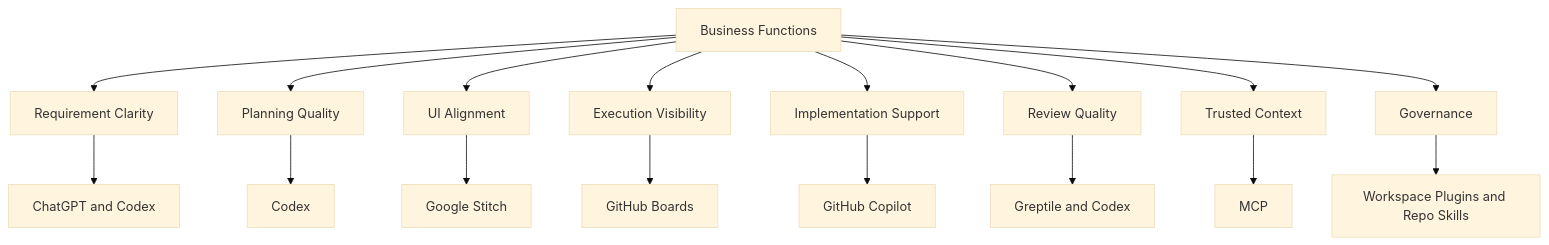
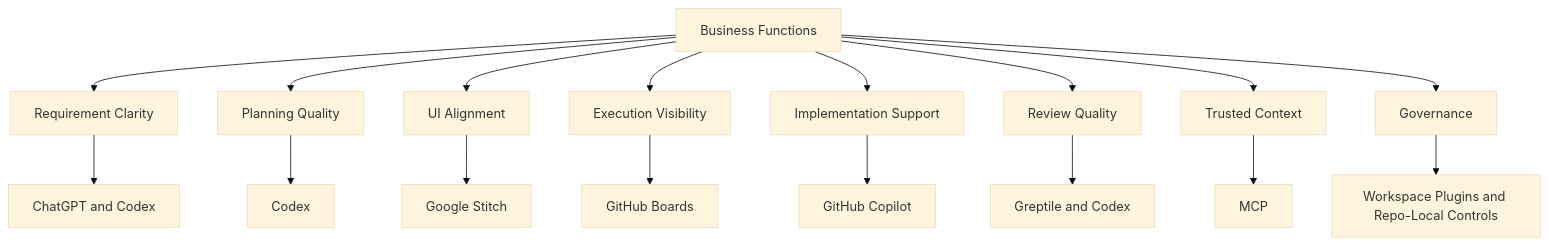
The seventh of 23 diagrams in creolytix-ai-delivery-model.md (refat-asadullah-creolytix-dev/refat-asadullah-creolytix-dev), drawn with Mermaid (base theme) before and after one commit. The commit also changed other lines of this file, not shown here.

````diff
--- a/creolytix-ai-delivery-model.md
+++ b/creolytix-ai-delivery-model.md
@@ -241,20 +243,20 @@
 ```mermaid
 flowchart TB
     A[Business Functions] --> B[Requirement Clarity]
     A --> C[Planning Quality]
     A --> D[UI Alignment]
     A --> E[Execution Visibility]
     A --> F[Implementation Support]
     A --> G[Review Quality]
     A --> H[Trusted Context]
     A --> I[Governance]
 
     B --> B1[ChatGPT and Codex]
     C --> C1[Codex]
     D --> D1[Google Stitch]
     E --> E1[GitHub Boards]
     F --> F1[GitHub Copilot]
     G --> G1[Greptile and Codex]
     H --> H1[MCP]
-    I --> I1[Workspace Plugins and Repo Skills]
+    I --> I1[Workspace Plugins and Repo-Local Controls]
 ```
````
